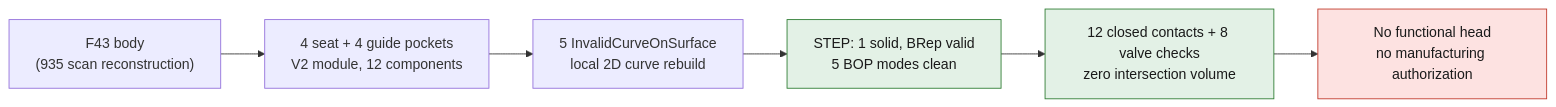
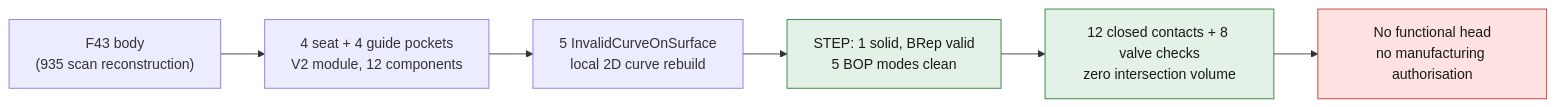
Before and after one commit to cluster2600/porscheparts: the diagram in docs/reports/M64_FOUR_SEAT_BODY_CAD_AUDIT.md, drawn with Mermaid. The commit also changed other lines of this file and 480 other files, not shown here.

````diff
--- a/docs/reports/M64_FOUR_SEAT_BODY_CAD_AUDIT.md
+++ b/docs/reports/M64_FOUR_SEAT_BODY_CAD_AUDIT.md
@@ -8,12 +8,12 @@
 ```mermaid
 flowchart LR
     A["F43 body<br/>(935 scan reconstruction)"] --> B["4 seat + 4 guide pockets<br/>V2 module, 12 components"]
     B --> C["5 InvalidCurveOnSurface<br/>local 2D curve rebuild"]
     C --> D["STEP: 1 solid, BRep valid<br/>5 BOP modes clean"]
     D --> E["12 closed contacts + 8 valve checks<br/>zero intersection volume"]
-    E --> F["No functional head<br/>no manufacturing authorization"]
+    E --> F["No functional head<br/>no manufacturing authorisation"]
     classDef stop fill:#fde2e1,stroke:#c0392b,color:#1a1a1a;
     classDef ok fill:#e3f1e6,stroke:#2e7d32,color:#1a1a1a;
     class D,E ok;
     class F stop;
 ```
````
